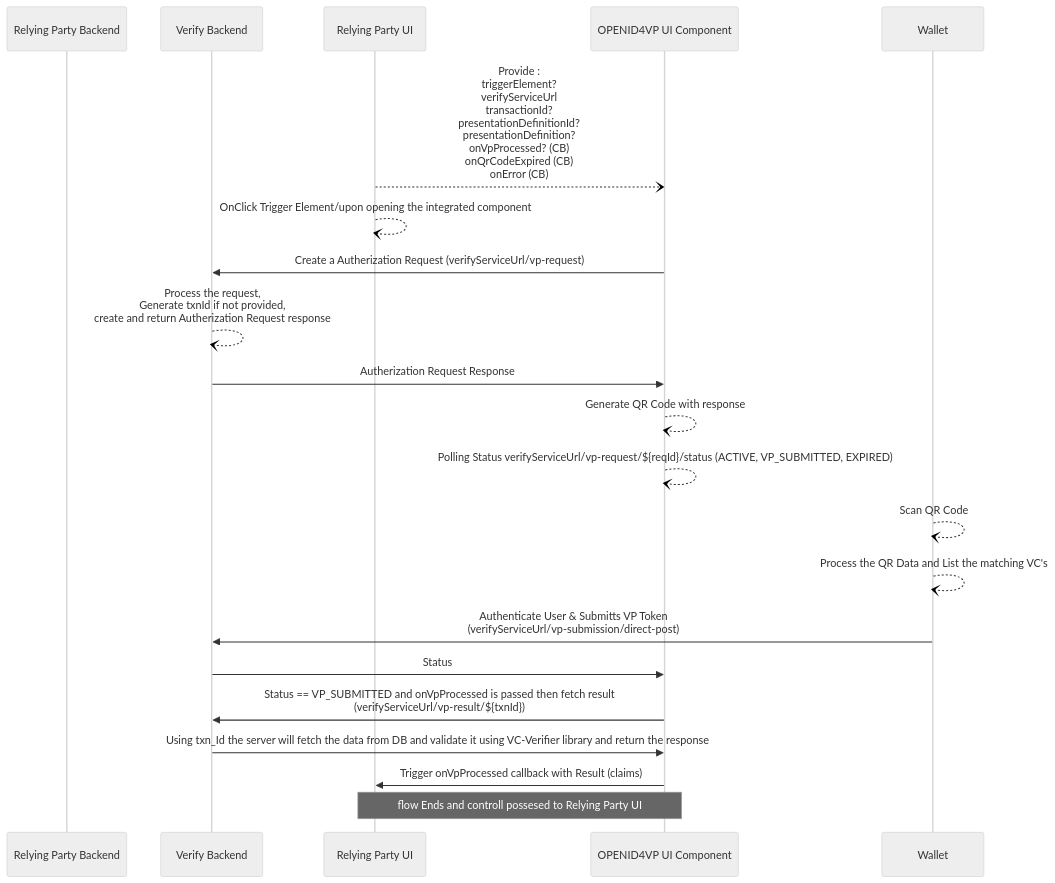
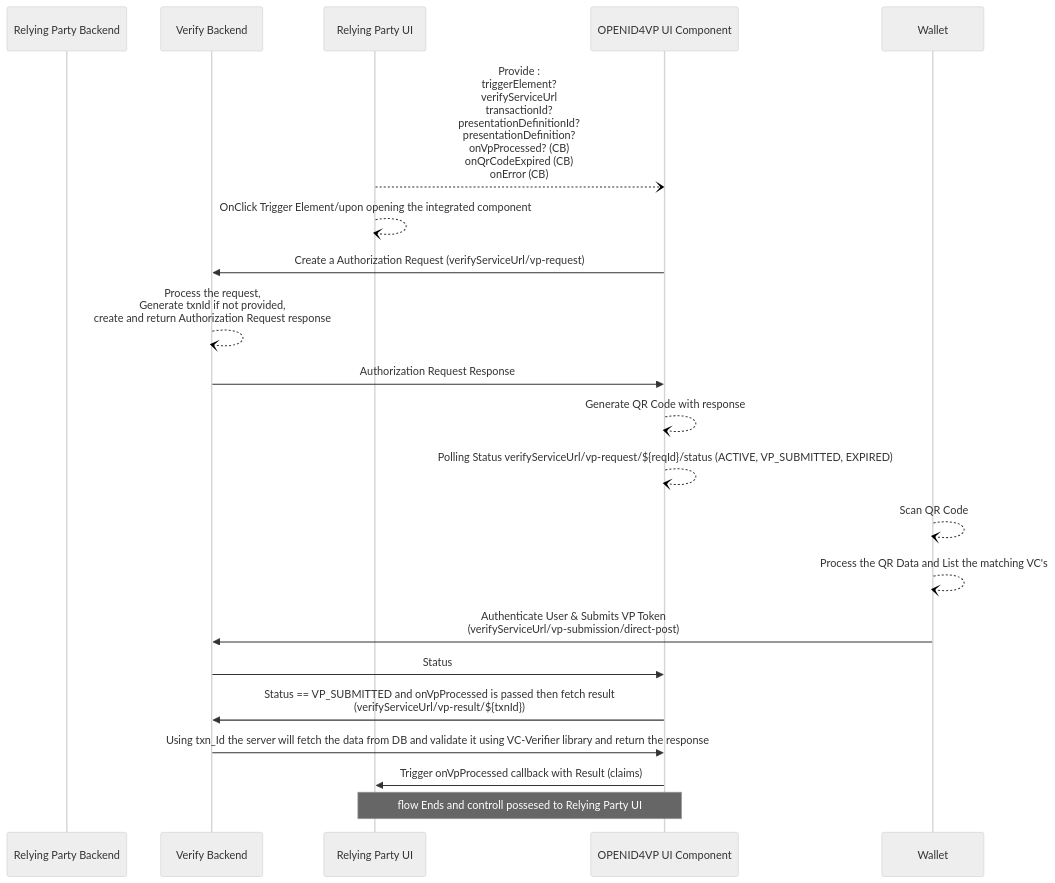
One commit to mosip/inji-verify changed the second of 4 diagrams in docs/InjiVerifySDK.md. Above: the diagram before and after it, drawn with Mermaid (neutral theme). The commit also changed other lines of this file and 2 other files, not shown here.

````diff
--- a/docs/InjiVerifySDK.md
+++ b/docs/InjiVerifySDK.md
@@ -56,24 +56,24 @@
 ```mermaid 
 sequenceDiagram
     participant Relying Party Backend
     participant Verify Backend
     participant Relying Party UI
     participant OPENID4VP UI Component
     participant Wallet
     
      Relying Party UI--)OPENID4VP UI Component: Provide : <br> triggerElement? <br> verifyServiceUrl <br> transactionId? <br>  presentationDefinitionId? <br> presentationDefinition? <br> onVpProcessed? (CB) <br> onQrCodeExpired (CB) <br> onError (CB) 
     Relying Party UI--)Relying Party UI: OnClick Trigger Element/upon opening the integrated component
-    OPENID4VP UI Component->>Verify Backend: Create a Autherization Request (verifyServiceUrl/vp-request) 
-    Verify Backend--)Verify Backend: Process the request,<br> Generate txnId if not provided, <br> create and return Autherization Request response
-    Verify Backend->>OPENID4VP UI Component: Autherization Request Response
+    OPENID4VP UI Component->>Verify Backend: Create a Authorization Request (verifyServiceUrl/vp-request) 
+    Verify Backend--)Verify Backend: Process the request,<br> Generate txnId if not provided, <br> create and return Authorization Request response
+    Verify Backend->>OPENID4VP UI Component: Authorization Request Response
     OPENID4VP UI Component--)OPENID4VP UI Component: Generate QR Code with response
     OPENID4VP UI Component--)OPENID4VP UI Component: Polling Status verifyServiceUrl/vp-request/${reqId}/status (ACTIVE, VP_SUBMITTED, EXPIRED)
     Wallet--)Wallet: Scan QR Code
     Wallet--)Wallet: Process the QR Data and List the matching VC's
-    Wallet->>Verify Backend: Authenticate User & Submitts VP Token <br> (verifyServiceUrl/vp-submission/direct-post)
+    Wallet->>Verify Backend: Authenticate User & Submits VP Token <br> (verifyServiceUrl/vp-submission/direct-post)
     Verify Backend->>OPENID4VP UI Component: Status
     OPENID4VP UI Component->>Verify Backend: Status == VP_SUBMITTED and onVpProcessed is passed then fetch result <br> (verifyServiceUrl/vp-result/${txnId})
     Verify Backend->>OPENID4VP UI Component: Using txn_Id the server will fetch the data from DB and validate it using VC-Verifier library and return the response
     OPENID4VP UI Component->>Relying Party UI: Trigger onVpProcessed callback with Result (claims)
     Note over OPENID4VP UI Component,Relying Party UI: flow Ends and controll possesed to Relying Party UI
 ```
````
